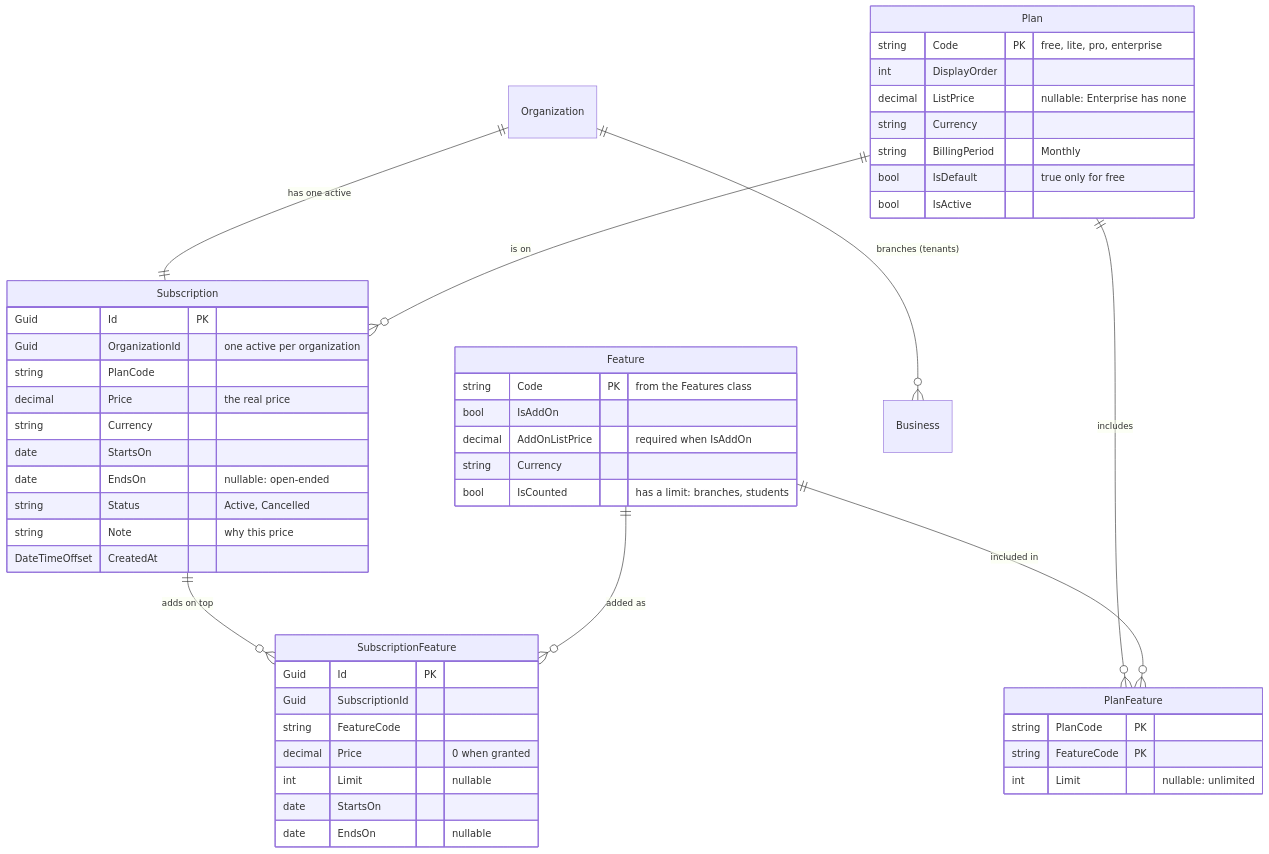
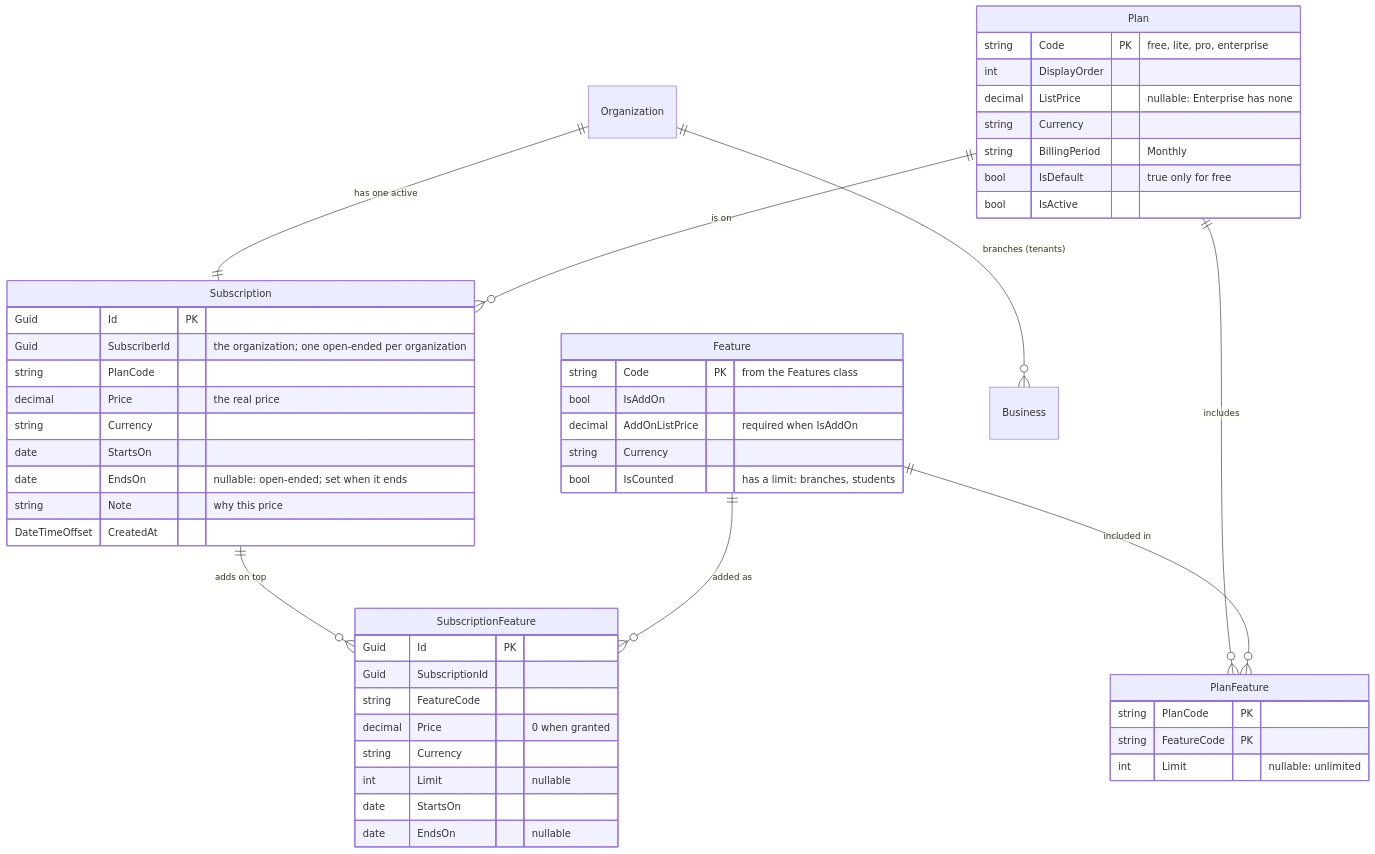
Before and after one commit to alejandrolazarte/class-manager: the first of 2 diagrams in docs/backend/20261003-subscriptions/plan.md, drawn with Mermaid. The commit also changed other lines of this file and 31 other files, not shown here.

````diff
--- a/docs/backend/20261003-subscriptions/plan.md
+++ b/docs/backend/20261003-subscriptions/plan.md
@@ -66,53 +67,53 @@
 ```mermaid
 erDiagram
     Organization ||--|| Subscription : "has one active"
     Plan ||--o{ Subscription : "is on"
     Plan ||--o{ PlanFeature : includes
     Feature ||--o{ PlanFeature : "included in"
     Subscription ||--o{ SubscriptionFeature : "adds on top"
     Feature ||--o{ SubscriptionFeature : "added as"
     Organization ||--o{ Business : "branches (tenants)"
 
     Plan {
         string Code PK "free, lite, pro, enterprise"
         int DisplayOrder
         decimal ListPrice "nullable: Enterprise has none"
         string Currency
         string BillingPeriod "Monthly"
         bool IsDefault "true only for free"
         bool IsActive
     }
     Feature {
         string Code PK "from the Features class"
         bool IsAddOn
         decimal AddOnListPrice "required when IsAddOn"
         string Currency
         bool IsCounted "has a limit: branches, students"
     }
     PlanFeature {
         string PlanCode PK
         string FeatureCode PK
         int Limit "nullable: unlimited"
     }
     Subscription {
         Guid Id PK
-        Guid OrganizationId "one active per organization"
+        Guid SubscriberId "the organization; one open-ended per organization"
         string PlanCode
         decimal Price "the real price"
         string Currency
         date StartsOn
-        date EndsOn "nullable: open-ended"
-        string Status "Active, Cancelled"
+        date EndsOn "nullable: open-ended; set when it ends"
         string Note "why this price"
         DateTimeOffset CreatedAt
     }
     SubscriptionFeature {
         Guid Id PK
         Guid SubscriptionId
         string FeatureCode
         decimal Price "0 when granted"
+        string Currency
         int Limit "nullable"
         date StartsOn
         date EndsOn "nullable"
     }
 ```
````
